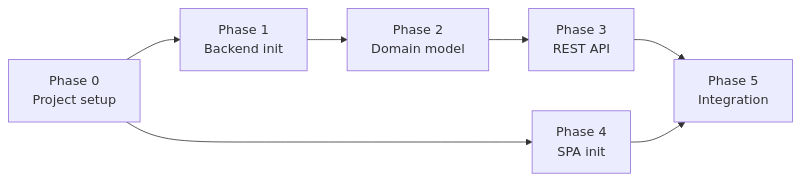
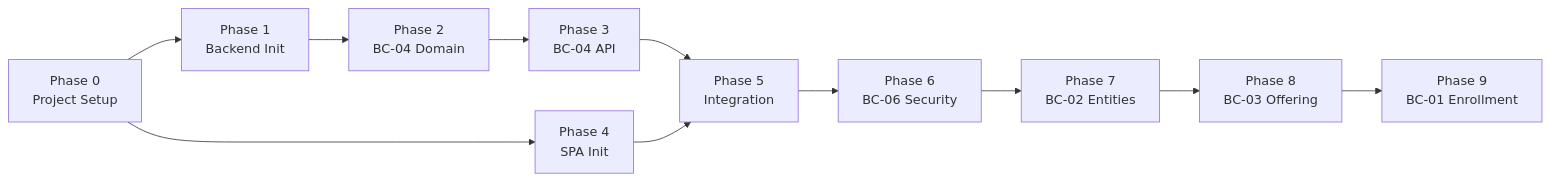
Before and after one commit to SAPCyTI-UAM-I/Docs: the first of 2 diagrams in implementations/implementationPlan.md, drawn with Mermaid. The commit also changed other lines of this file and 10 other files, not shown here.

````diff
--- a/implementations/implementationPlan.md
+++ b/implementations/implementationPlan.md
@@ -44,9 +50,13 @@
 ```mermaid
 graph LR
-    F0[Phase 0<br/>Project setup] --> F1[Phase 1<br/>Backend init]
-    F0 --> F4[Phase 4<br/>SPA init]
-    F1 --> F2[Phase 2<br/>Domain model]
-    F2 --> F3[Phase 3<br/>REST API]
-    F3 --> F5[Phase 5<br/>Integration]
-    F4 --> F5
+    P0["Phase 0<br/>Project Setup"] --> P1["Phase 1<br/>Backend Init"]
+    P0 --> P4["Phase 4<br/>SPA Init"]
+    P1 --> P2["Phase 2<br/>BC-04 Domain"]
+    P2 --> P3["Phase 3<br/>BC-04 API"]
+    P3 --> P5["Phase 5<br/>Integration"]
+    P4 --> P5
+    P5 --> P6["Phase 6<br/>BC-06 Security"]
+    P6 --> P7["Phase 7<br/>BC-02 Entities"]
+    P7 --> P8["Phase 8<br/>BC-03 Offering"]
+    P8 --> P9["Phase 9<br/>BC-01 Enrollment"]
 ```
````
